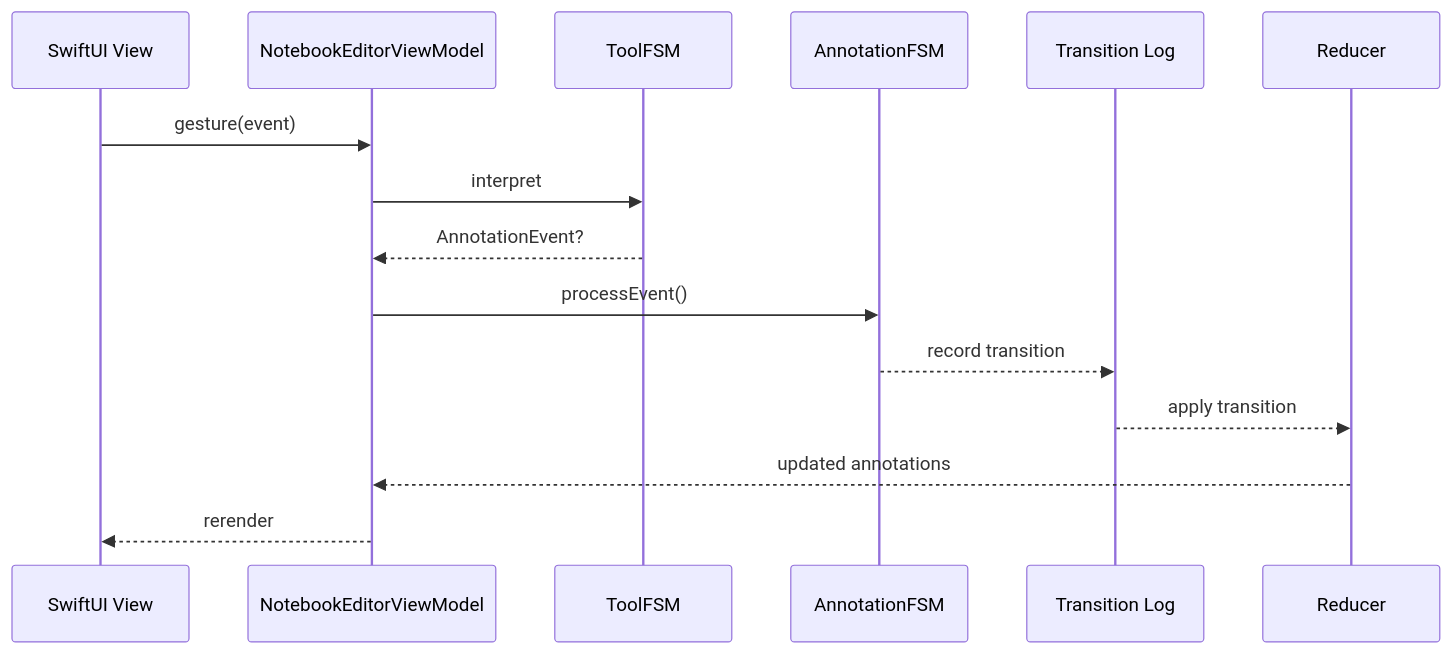
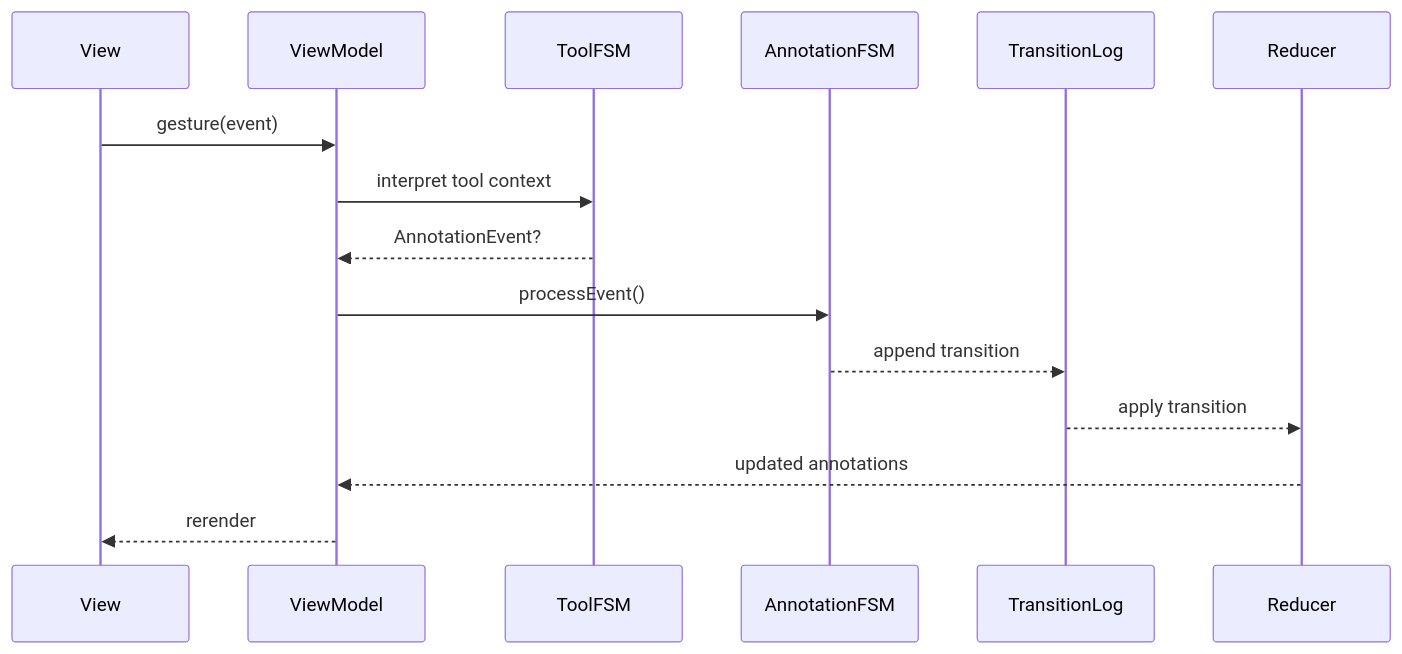
The fourth of 4 diagrams in README.md (Mikedan37/DocumentExampleApp), drawn with Mermaid before and after one commit. The commit also changed other lines of this file, not shown here.

````diff
--- a/README.md
+++ b/README.md
@@ -141,18 +143,33 @@
 ```mermaid
+
 sequenceDiagram
-    participant View as SwiftUI View
-    participant ViewModel as NotebookEditorViewModel
-    participant ToolFSM as ToolFSM
-    participant AnnotationFSM as AnnotationFSM
-    participant TransitionLog as Transition Log
-    participant Reducer as Reducer
-    
+
+    participant View
+
+    participant ViewModel
+
+    participant ToolFSM
+
+    participant AnnotationFSM
+
+    participant TransitionLog
+
+    participant Reducer
+
     View->>ViewModel: gesture(event)
-    ViewModel->>ToolFSM: interpret
+
+    ViewModel->>ToolFSM: interpret tool context
+
     ToolFSM-->>ViewModel: AnnotationEvent?
+
     ViewModel->>AnnotationFSM: processEvent()
-    AnnotationFSM-->>TransitionLog: record transition
+
+    AnnotationFSM-->>TransitionLog: append transition
+
     TransitionLog-->>Reducer: apply transition
+
     Reducer-->>ViewModel: updated annotations
+
     ViewModel-->>View: rerender
+
 ```
````
